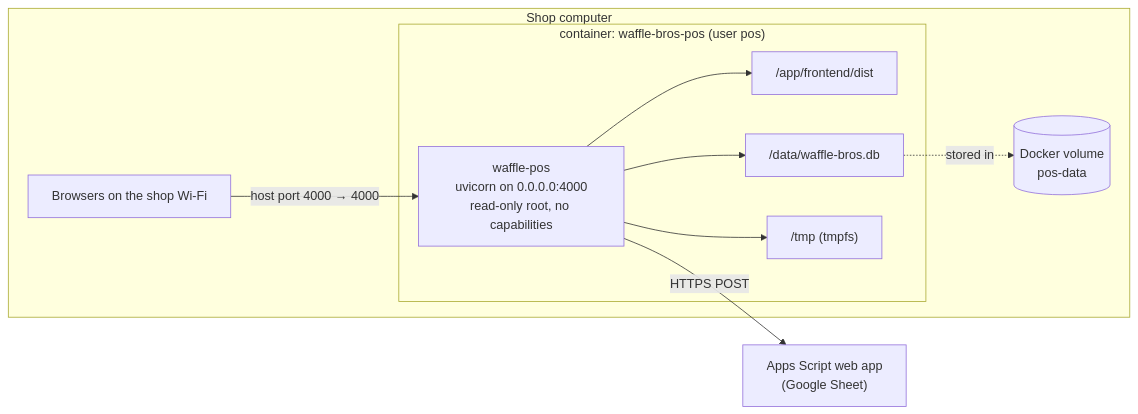
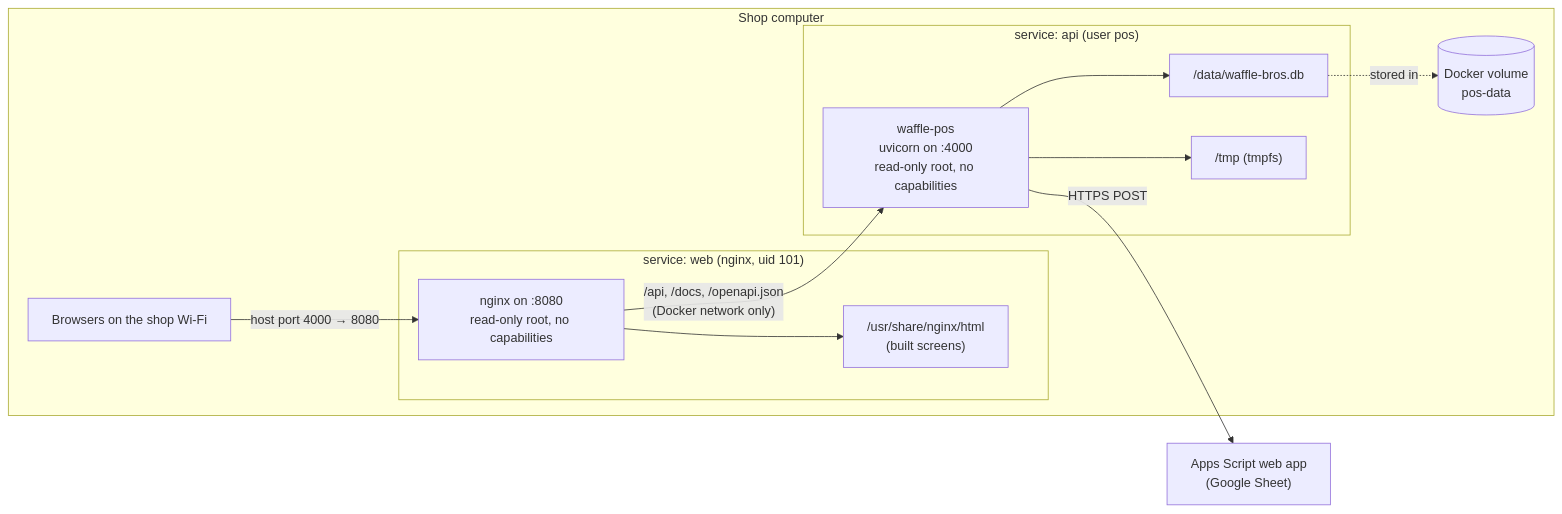
Before and after one commit to SAGE-Rebirth/waffle-bros-pos: the second of 6 diagrams in docs/ARCHITECTURE.md, drawn with Mermaid. The commit also changed other lines of this file and 20 other files, not shown here.

First line of the commit message:
Split the POS into api and web services; cut the Makefile to 7 targets

````diff
--- a/docs/ARCHITECTURE.md
+++ b/docs/ARCHITECTURE.md
@@ -108,19 +111,23 @@
 ```mermaid
 flowchart LR
   subgraph Host["Shop computer"]
     Browser2["Browsers on the shop Wi-Fi"]
-    subgraph Container["container: waffle-bros-pos (user pos)"]
-      App["waffle-pos<br/>uvicorn on 0.0.0.0:4000<br/>read-only root, no capabilities"]
-      Dist["/app/frontend/dist"]
+    subgraph Web["service: web (nginx, uid 101)"]
+      Nginx["nginx on :8080<br/>read-only root, no capabilities"]
+      Html["/usr/share/nginx/html<br/>(built screens)"]
+    end
+    subgraph Api["service: api (user pos)"]
+      App["waffle-pos<br/>uvicorn on :4000<br/>read-only root, no capabilities"]
       Data["/data/waffle-bros.db"]
       Tmp["/tmp (tmpfs)"]
     end
     Vol[("Docker volume<br/>pos-data")]
   end
-  Browser2 -- "host port 4000 → 4000" --> App
-  App --> Dist
+  Browser2 -- "host port 4000 → 8080" --> Nginx
+  Nginx --> Html
+  Nginx -- "/api, /docs, /openapi.json<br/>(Docker network only)" --> App
   App --> Data
   App --> Tmp
   Data -. "stored in" .-> Vol
   App -- "HTTPS POST" --> G["Apps Script web app<br/>(Google Sheet)"]
 ```
````
